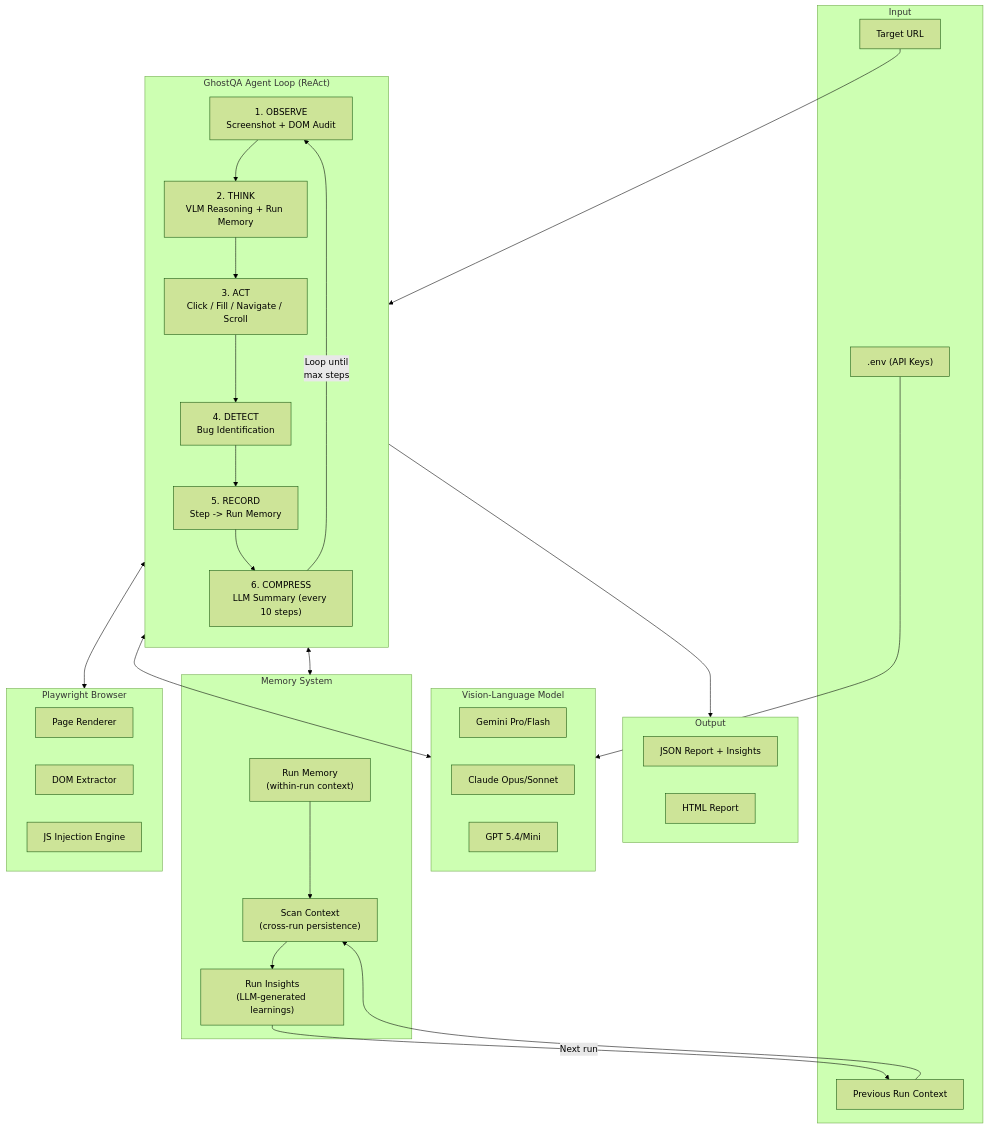
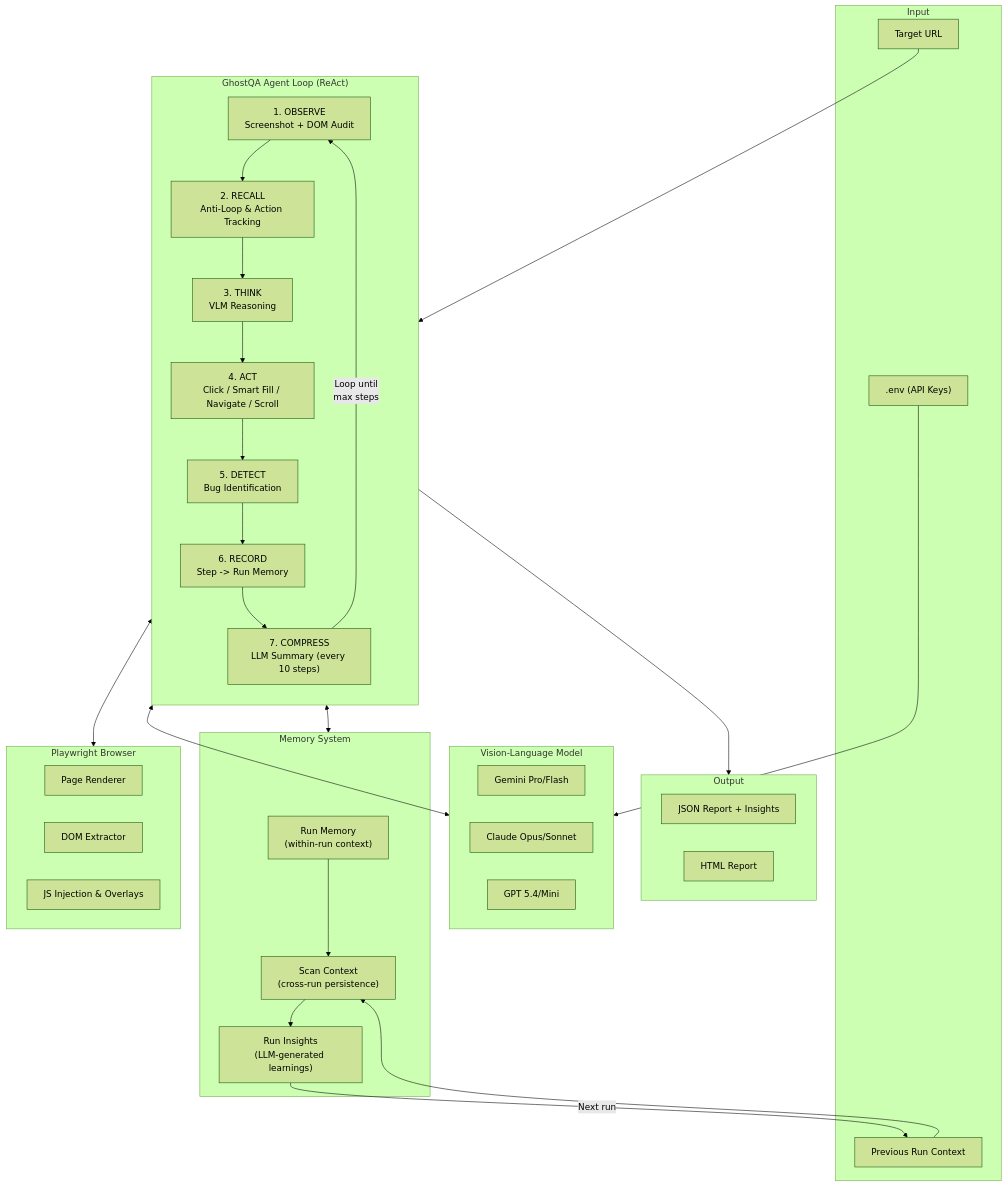
One commit to heller1729/ghostqa changed the diagram in README.md. Above: the diagram before and after it, drawn with Mermaid (forest theme). The commit also changed other lines of this file and 3 other files, not shown here.

Commit message:
feat: agent architecture and stability improvements (RECALL loop, smart fill, domain guard)

````diff
--- a/README.md
+++ b/README.md
@@ -44,58 +43,59 @@
 ```mermaid
 flowchart TB
     subgraph Input
         URL[Target URL]
         ENV[".env (API Keys)"]
         CTX[Previous Run Context]
     end
 
     subgraph Agent["GhostQA Agent Loop (ReAct)"]
         direction TB
         OBS["1. OBSERVE\nScreenshot + DOM Audit"]
-        THINK["2. THINK\nVLM Reasoning + Run Memory"]
-        ACT["3. ACT\nClick / Fill / Navigate / Scroll"]
-        DETECT["4. DETECT\nBug Identification"]
-        RECORD["5. RECORD\nStep -> Run Memory"]
-        COMPRESS["6. COMPRESS\nLLM Summary (every 10 steps)"]
+        RECALL["2. RECALL\nAnti-Loop & Action Tracking"]
+        THINK["3. THINK\nVLM Reasoning"]
+        ACT["4. ACT\nClick / Smart Fill / Navigate / Scroll"]
+        DETECT["5. DETECT\nBug Identification"]
+        RECORD["6. RECORD\nStep -> Run Memory"]
+        COMPRESS["7. COMPRESS\nLLM Summary (every 10 steps)"]
 
-        OBS --> THINK --> ACT --> DETECT --> RECORD --> COMPRESS
+        OBS --> RECALL --> THINK --> ACT --> DETECT --> RECORD --> COMPRESS
         COMPRESS -->|"Loop until\nmax steps"| OBS
     end
 
     subgraph Browser["Playwright Browser"]
         PAGE[Page Renderer]
         DOM[DOM Extractor]
-        JS[JS Injection Engine]
+        JS[JS Injection & Overlays]
     end
 
     subgraph Memory["Memory System"]
         RM["Run Memory\n(within-run context)"]
         SC["Scan Context\n(cross-run persistence)"]
         RI["Run Insights\n(LLM-generated learnings)"]
     end
 
     subgraph LLM["Vision-Language Model"]
         GEMINI[Gemini Pro/Flash]
         CLAUDE[Claude Opus/Sonnet]
         GPT[GPT 5.4/Mini]
     end
 
     subgraph Output
         JSON[JSON Report + Insights]
         HTML[HTML Report]
     end
 
     URL --> Agent
     ENV --> LLM
     CTX --> SC
 
     Agent <--> Browser
     Agent <--> LLM
     Agent <--> Memory
 
     RM --> SC
     SC --> RI
     RI -->|"Next run"| CTX
 
     Agent --> Output
 ```
````
